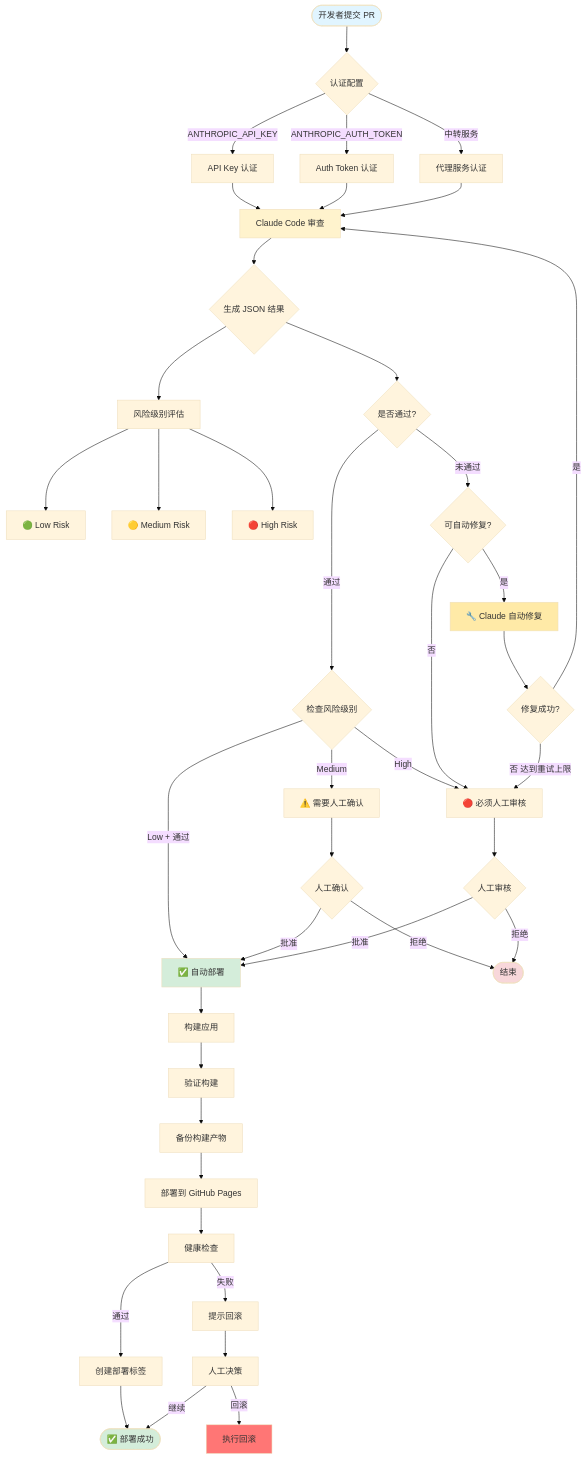
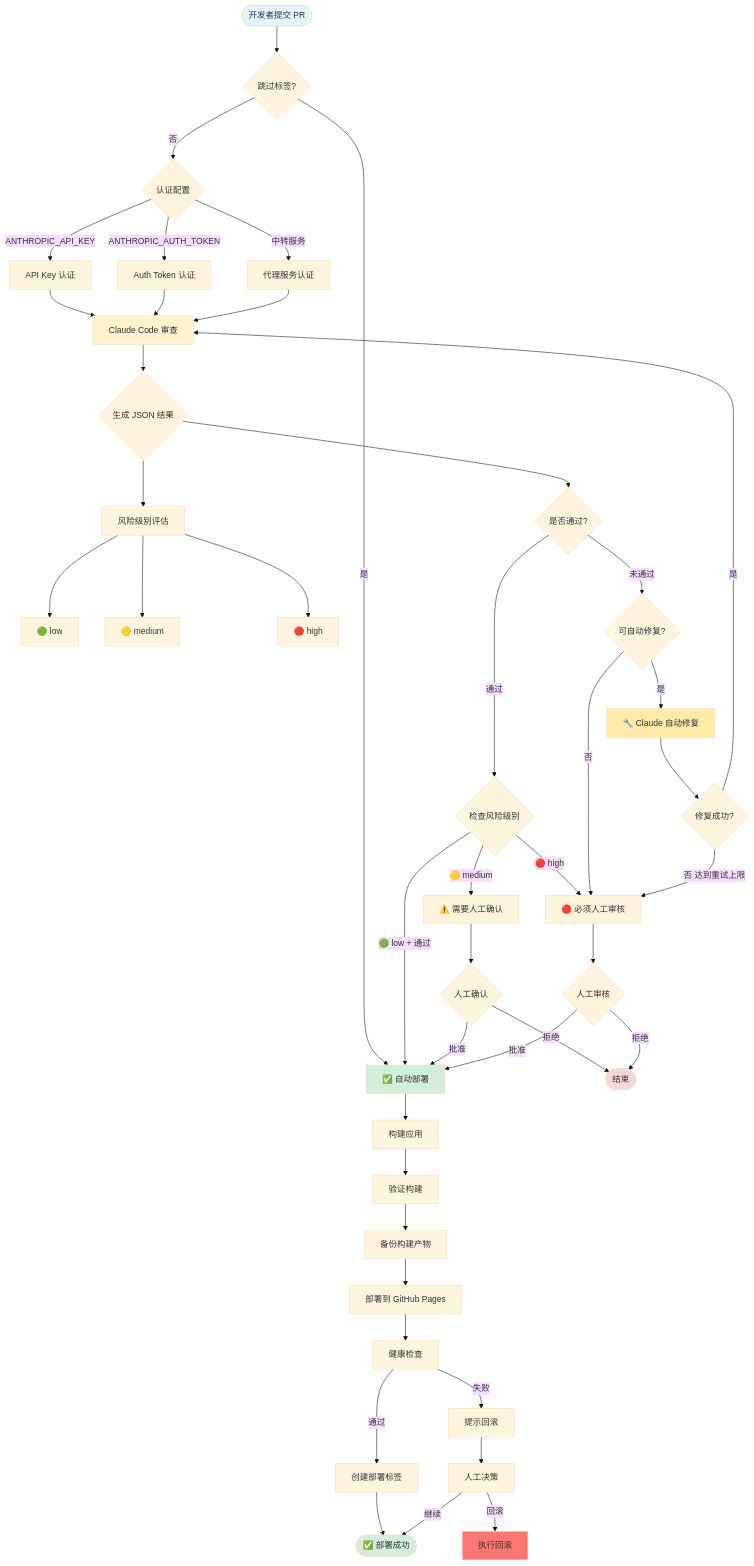
The second of 8 diagrams in .github/FLOWCHARTS.md (Lzp1996/test), drawn with Mermaid (base theme) before and after one commit. The commit also changed other lines of this file and 14 other files, not shown here.

````diff
--- a/.github/FLOWCHARTS.md
+++ b/.github/FLOWCHARTS.md
@@ -5,64 +105,66 @@
 ```mermaid
 graph TB
-    Start([开发者提交 PR]) --> Auth{认证配置}
+    Start([开发者提交 PR]) --> SkipCheck{跳过标签?}
+    SkipCheck -->|是| AutoDeploy[✅ 自动部署]
+    SkipCheck -->|否| Auth{认证配置}
     Auth -->|ANTHROPIC_API_KEY| API[API Key 认证]
     Auth -->|ANTHROPIC_AUTH_TOKEN| Token[Auth Token 认证]
     Auth -->|中转服务| Proxy[代理服务认证]
     
     API --> Review[Claude Code 审查]
     Token --> Review
     Proxy --> Review
     
     Review --> JSON{生成 JSON 结果}
     JSON --> Risk[风险级别评估]
     JSON --> Pass{是否通过?}
     
-    Risk --> Low[🟢 Low Risk]
-    Risk --> Medium[🟡 Medium Risk]
-    Risk --> High[🔴 High Risk]
+    Risk --> Low["🟢 low"]
+    Risk --> Medium["🟡 medium"]
+    Risk --> High["🔴 high"]
     
     Pass -->|通过| CheckRisk{检查风险级别}
     Pass -->|未通过| CanFix{可自动修复?}
     
-    CheckRisk -->|Low + 通过| AutoDeploy[✅ 自动部署]
-    CheckRisk -->|Medium| NeedConfirm[⚠️ 需要人工确认]
-    CheckRisk -->|High| NeedReview[🔴 必须人工审核]
+    CheckRisk -->|"🟢 low + 通过"| AutoDeploy[✅ 自动部署]
+    CheckRisk -->|"🟡 medium"| NeedConfirm[⚠️ 需要人工确认]
+    CheckRisk -->|"🔴 high"| NeedReview[🔴 必须人工审核]
     
     CanFix -->|是| AutoFix[🔧 Claude 自动修复]
     CanFix -->|否| NeedReview
     
     AutoFix --> FixSuccess{修复成功?}
     FixSuccess -->|是| Review
     FixSuccess -->|否 达到重试上限| NeedReview
     
     AutoDeploy --> Build[构建应用]
     Build --> Validate[验证构建]
     Validate --> Backup[备份构建产物]
     Backup --> Deploy[部署到 GitHub Pages]
     Deploy --> Health[健康检查]
     
     Health -->|通过| Tag[创建部署标签]
     Health -->|失败| RollbackPrompt[提示回滚]
     
     Tag --> Success([✅ 部署成功])
     RollbackPrompt --> Manual[人工决策]
     
     NeedConfirm --> HumanCheck{人工确认}
     HumanCheck -->|批准| AutoDeploy
     HumanCheck -->|拒绝| End([结束])
     
     NeedReview --> HumanReview{人工审核}
     HumanReview -->|批准| AutoDeploy
     HumanReview -->|拒绝| End
     
     Manual -->|回滚| Rollback[执行回滚]
     Manual -->|继续| Success
     
     style Start fill:#e1f5ff
     style Success fill:#d4edda
     style End fill:#f8d7da
     style Review fill:#fff3cd
     style AutoDeploy fill:#d4edda
     style AutoFix fill:#ffeaa7
     style Rollback fill:#ff7675
 ```
````
